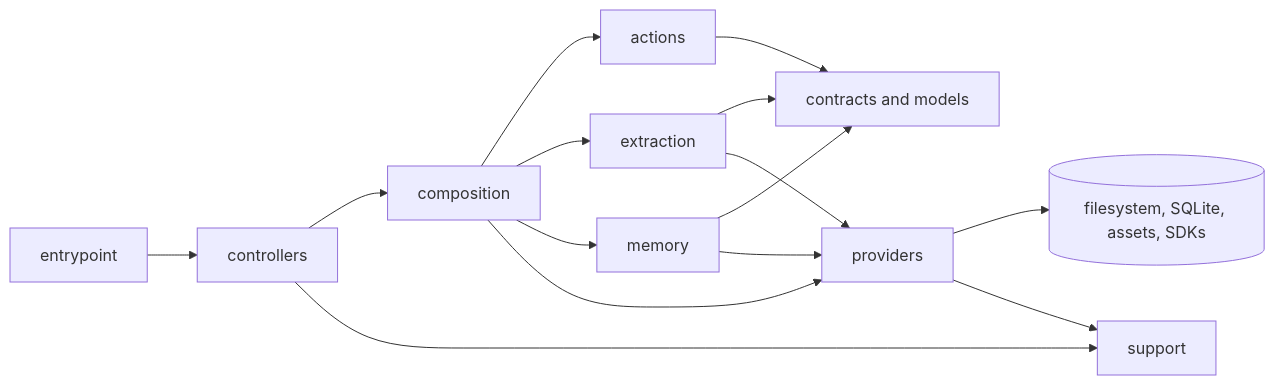
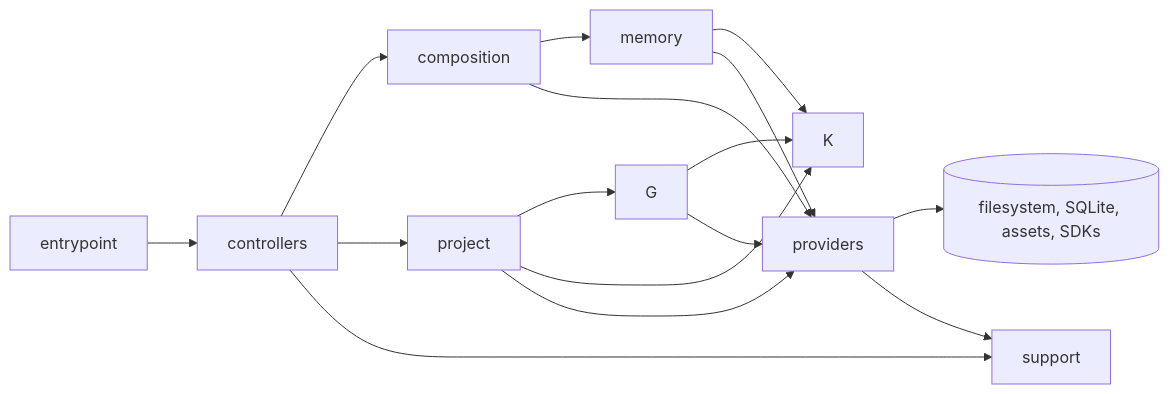
One commit to konteks/cli changed the diagram in docs/development/directory-structure.md. Above: the diagram before and after it, drawn with Mermaid. The commit also changed other lines of this file and 19 other files, not shown here.

````diff
--- a/docs/development/directory-structure.md
+++ b/docs/development/directory-structure.md
@@ -40,17 +40,18 @@
 ```mermaid
 graph LR
     E[entrypoint] --> C[controllers]
     C --> X[composition]
-    X --> A[actions]
-    X --> G[extraction]
+    C --> J[project]
     X --> M[memory]
-    A --> K[contracts and models]
+    J --> G
     G --> K
     M --> K
+    J --> K
     X --> P[providers]
     G --> P
     M --> P
+    J --> P
     P --> R[(filesystem, SQLite, assets, SDKs)]
     C --> S[support]
     P --> S
 ```
````
